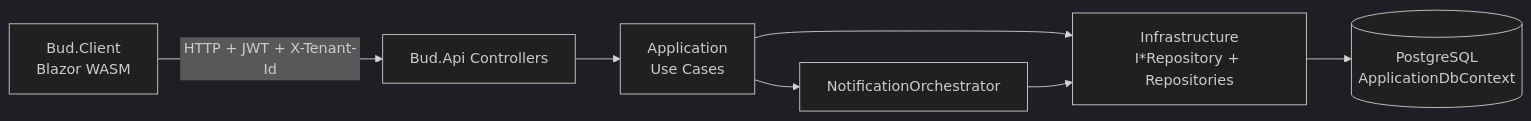
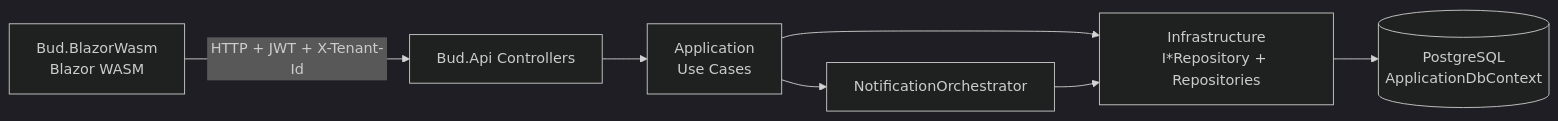
One commit to dsbraz/bud changed the second of 11 diagrams in README.md. Above: the diagram before and after it, drawn with Mermaid (dark theme). The commit also changed other lines of this file and 370 other files, not shown here.

````diff
--- a/README.md
+++ b/README.md
@@ -273,9 +273,9 @@
 ```mermaid
 flowchart LR
-    A[Bud.Client<br/>Blazor WASM] -->|HTTP + JWT + X-Tenant-Id| B[Bud.Api Controllers]
+    A[Bud.BlazorWasm<br/>Blazor WASM] -->|HTTP + JWT + X-Tenant-Id| B[Bud.Api Controllers]
     B --> C[Application<br/>Use Cases]
     C --> R[Infrastructure<br/>I*Repository + Repositories]
     R --> E[(PostgreSQL<br/>ApplicationDbContext)]
     C --> N[NotificationOrchestrator]
     N --> R
 ```
````
